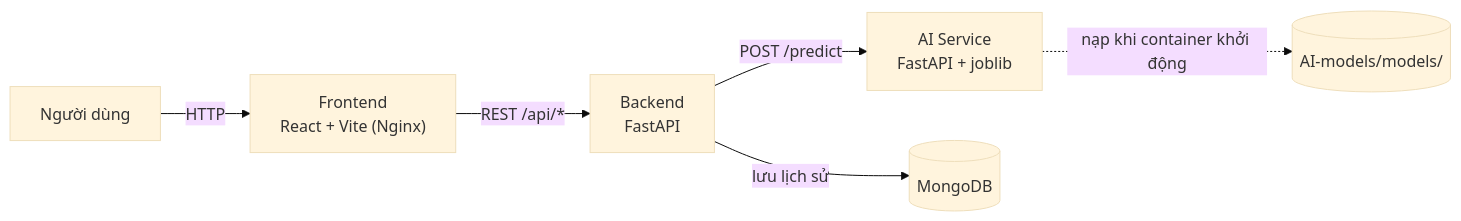
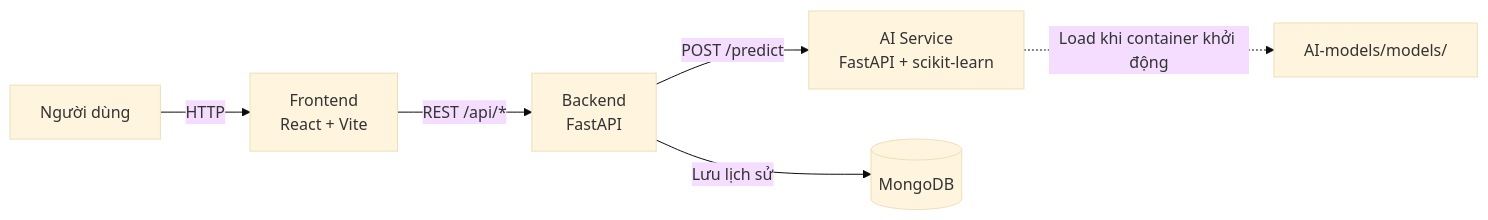
The first of 2 diagrams in README.md (Syy256/14_12523077_12523048_PhanLoaiChimCanhCut), drawn with Mermaid (base theme) before and after one commit. The commit also changed other lines of this file, not shown here.

````diff
--- a/README.md
+++ b/README.md
@@ -134,8 +454,8 @@
 ```mermaid
 flowchart LR
-    U["Người dùng"] -->|HTTP| FE["Frontend<br/>React + Vite (Nginx)"]
+    U["Người dùng"] -->|HTTP| FE["Frontend<br/>React + Vite"]
     FE -->|"REST /api/*"| BE["Backend<br/>FastAPI"]
-    BE -->|"POST /predict"| AI["AI Service<br/>FastAPI + joblib"]
-    BE -->|lưu lịch sử| DB[("MongoDB")]
-    AI -.->|nạp khi container khởi động| M[("AI-models/models/")]
+    BE -->|"POST /predict"| AI["AI Service<br/>FastAPI + scikit-learn"]
+    BE -->|"Lưu lịch sử"| DB[("MongoDB")]
+    AI -.->|"Load khi container khởi động"| M["AI-models/models/"]
 ```
````
